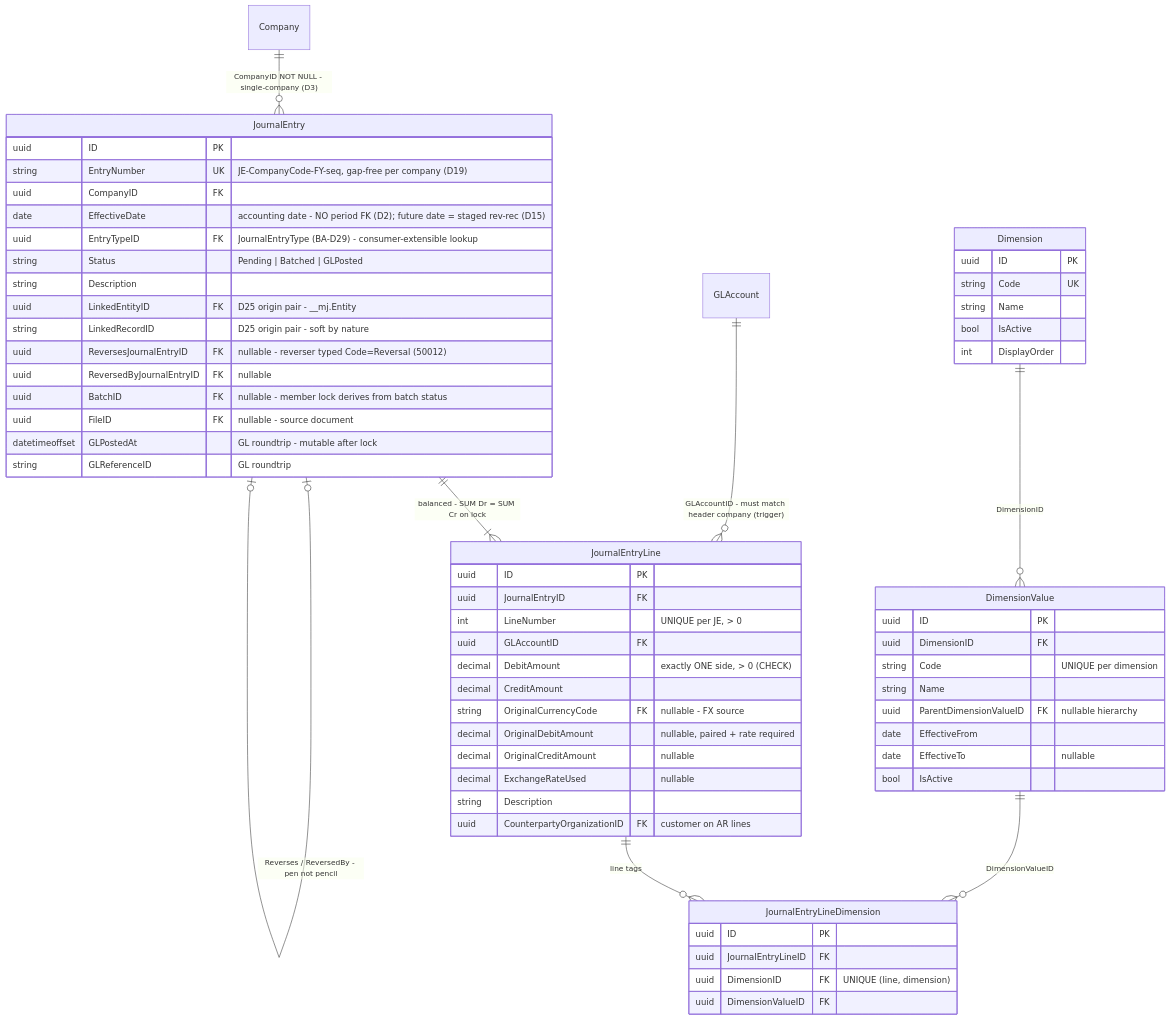
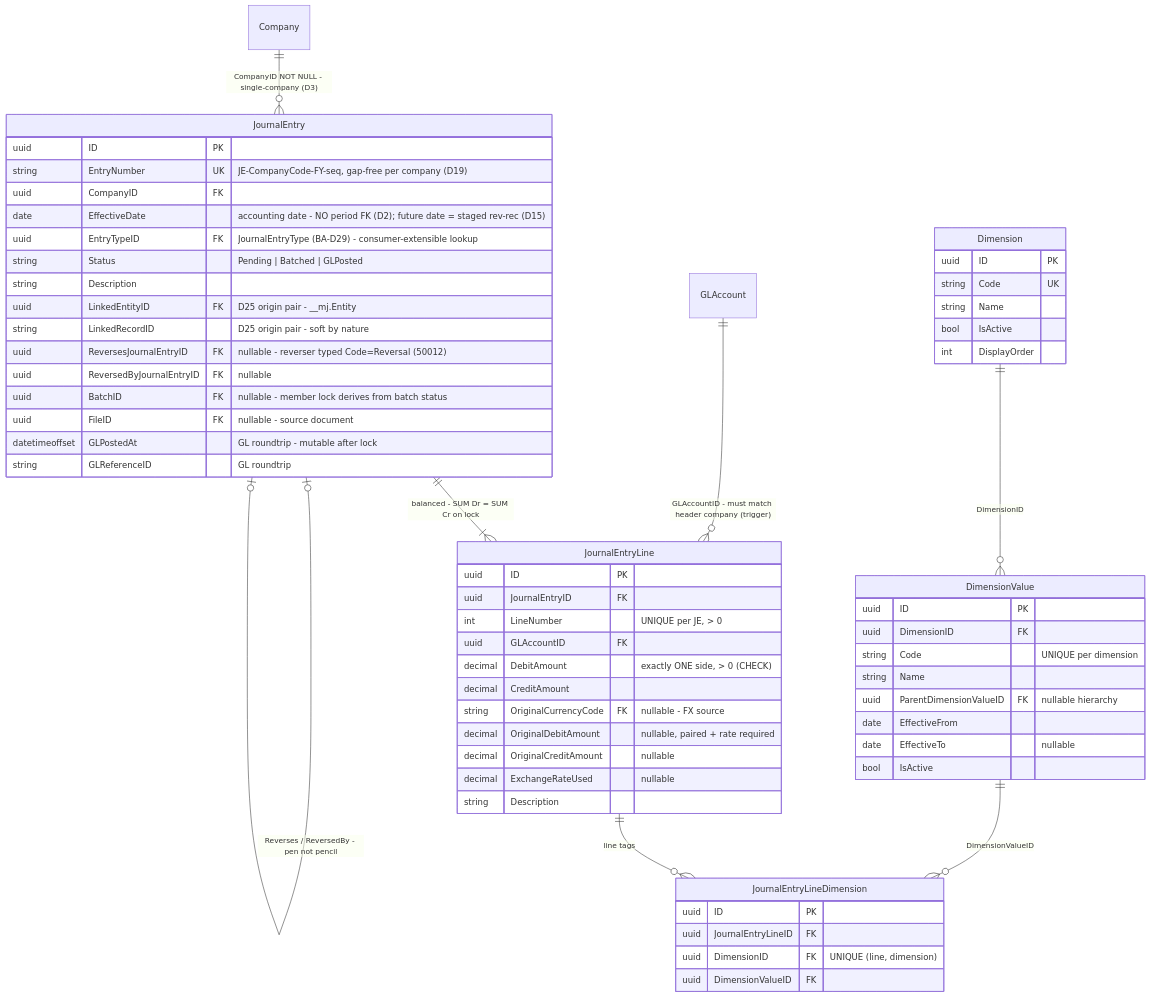
Before and after one commit to MemberJunction/bizapps-accounting: the sixth of 12 diagrams in docs/bizapps-accounting-erd.md, drawn with Mermaid. The commit also changed other lines of this file and 34 other files, not shown here.

First line of the commit message:
feat: kill JournalEntryLine.CounterpartyOrganizationID (Amith ruling 2026-07-29)

````diff
--- a/docs/bizapps-accounting-erd.md
+++ b/docs/bizapps-accounting-erd.md
@@ -575,65 +572,64 @@
 ```mermaid
 erDiagram
     Company ||--o{ JournalEntry : "CompanyID NOT NULL - single-company (D3)"
     JournalEntry ||--|{ JournalEntryLine : "balanced - SUM Dr = SUM Cr on lock"
     GLAccount ||--o{ JournalEntryLine : "GLAccountID - must match header company (trigger)"
     JournalEntry |o--o| JournalEntry : "Reverses / ReversedBy - pen not pencil"
     JournalEntryLine ||--o{ JournalEntryLineDimension : "line tags"
     Dimension ||--o{ DimensionValue : "DimensionID"
     DimensionValue ||--o{ JournalEntryLineDimension : "DimensionValueID"
 
     JournalEntry {
         uuid ID PK
         string EntryNumber UK "JE-CompanyCode-FY-seq, gap-free per company (D19)"
         uuid CompanyID FK
         date EffectiveDate "accounting date - NO period FK (D2); future date = staged rev-rec (D15)"
         uuid EntryTypeID FK "JournalEntryType (BA-D29) - consumer-extensible lookup"
         string Status "Pending | Batched | GLPosted"
         string Description
         uuid LinkedEntityID FK "D25 origin pair - __mj.Entity"
         string LinkedRecordID "D25 origin pair - soft by nature"
         uuid ReversesJournalEntryID FK "nullable - reverser typed Code=Reversal (50012)"
         uuid ReversedByJournalEntryID FK "nullable"
         uuid BatchID FK "nullable - member lock derives from batch status"
         uuid FileID FK "nullable - source document"
         datetimeoffset GLPostedAt "GL roundtrip - mutable after lock"
         string GLReferenceID "GL roundtrip"
     }
     JournalEntryLine {
         uuid ID PK
         uuid JournalEntryID FK
         int LineNumber "UNIQUE per JE, > 0"
         uuid GLAccountID FK
         decimal DebitAmount "exactly ONE side, > 0 (CHECK)"
         decimal CreditAmount
         string OriginalCurrencyCode FK "nullable - FX source"
         decimal OriginalDebitAmount "nullable, paired + rate required"
         decimal OriginalCreditAmount "nullable"
         decimal ExchangeRateUsed "nullable"
         string Description
-        uuid CounterpartyOrganizationID FK "customer on AR lines"
     }
     JournalEntryLineDimension {
         uuid ID PK
         uuid JournalEntryLineID FK
         uuid DimensionID FK "UNIQUE (line, dimension)"
         uuid DimensionValueID FK
     }
     Dimension {
         uuid ID PK
         string Code UK
         string Name
         bool IsActive
         int DisplayOrder
     }
     DimensionValue {
         uuid ID PK
         uuid DimensionID FK
         string Code "UNIQUE per dimension"
         string Name
         uuid ParentDimensionValueID FK "nullable hierarchy"
         date EffectiveFrom
         date EffectiveTo "nullable"
         bool IsActive
     }
 ```
````
